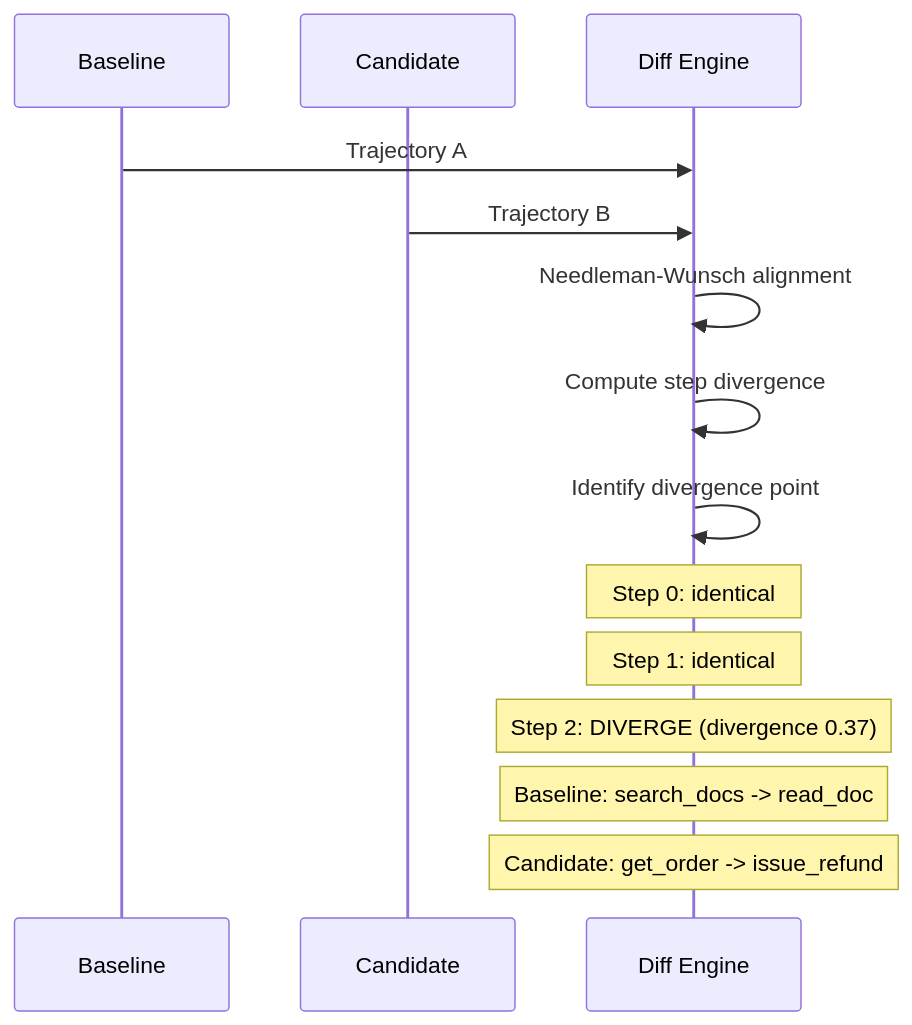
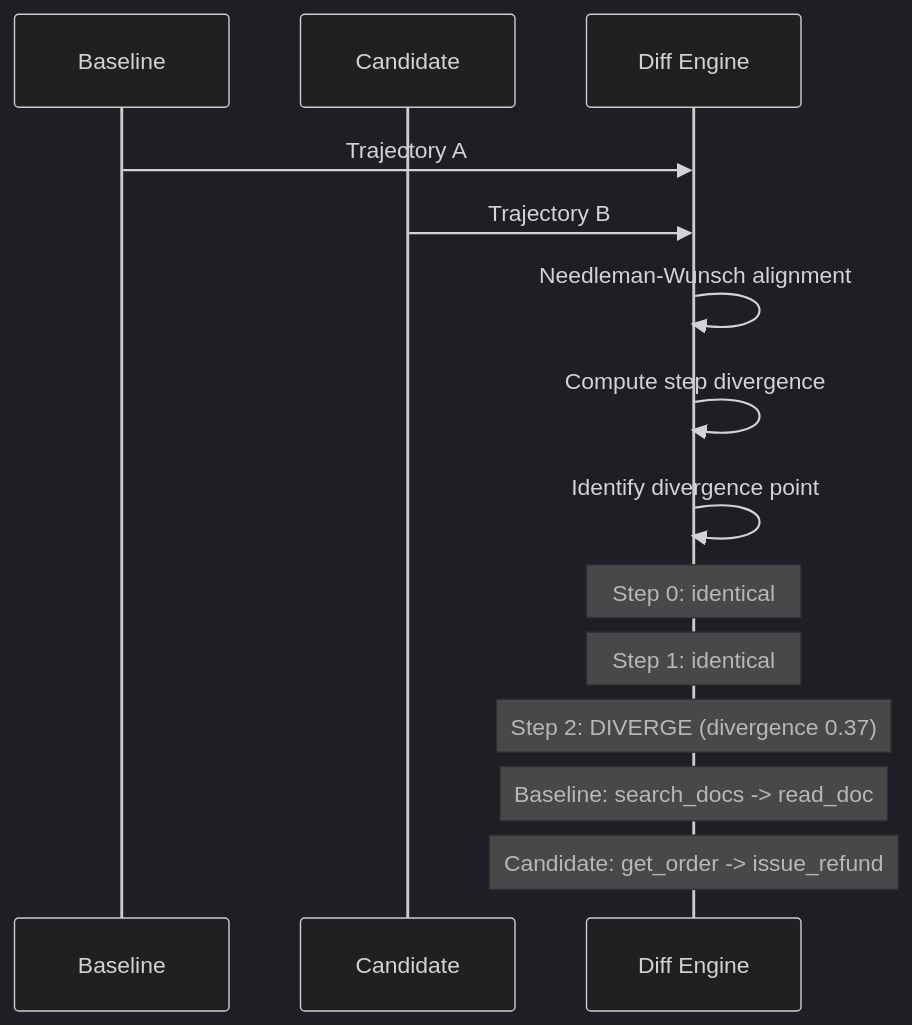
One commit to Mehul-bisht-0/Driftbench--AI-regression-testing-harness changed the eighth of 11 diagrams in README.md. Above: the diagram before and after it, drawn with Mermaid. The commit also changed other lines of this file, not shown here.

````diff
--- a/README.md
+++ b/README.md
@@ -476,18 +483,19 @@
 ```mermaid
+%%{init: {"theme": "dark"}}%%
 sequenceDiagram
     participant B as Baseline
     participant C as Candidate
     participant D as Diff Engine
 
     B->>D: Trajectory A
     C->>D: Trajectory B
     D->>D: Needleman-Wunsch alignment
     D->>D: Compute step divergence
     D->>D: Identify divergence point
 
     Note over D: Step 0: identical
     Note over D: Step 1: identical
     Note over D: Step 2: DIVERGE (divergence 0.37)
     Note over D: Baseline: search_docs -> read_doc
     Note over D: Candidate: get_order -> issue_refund
 ```
````
